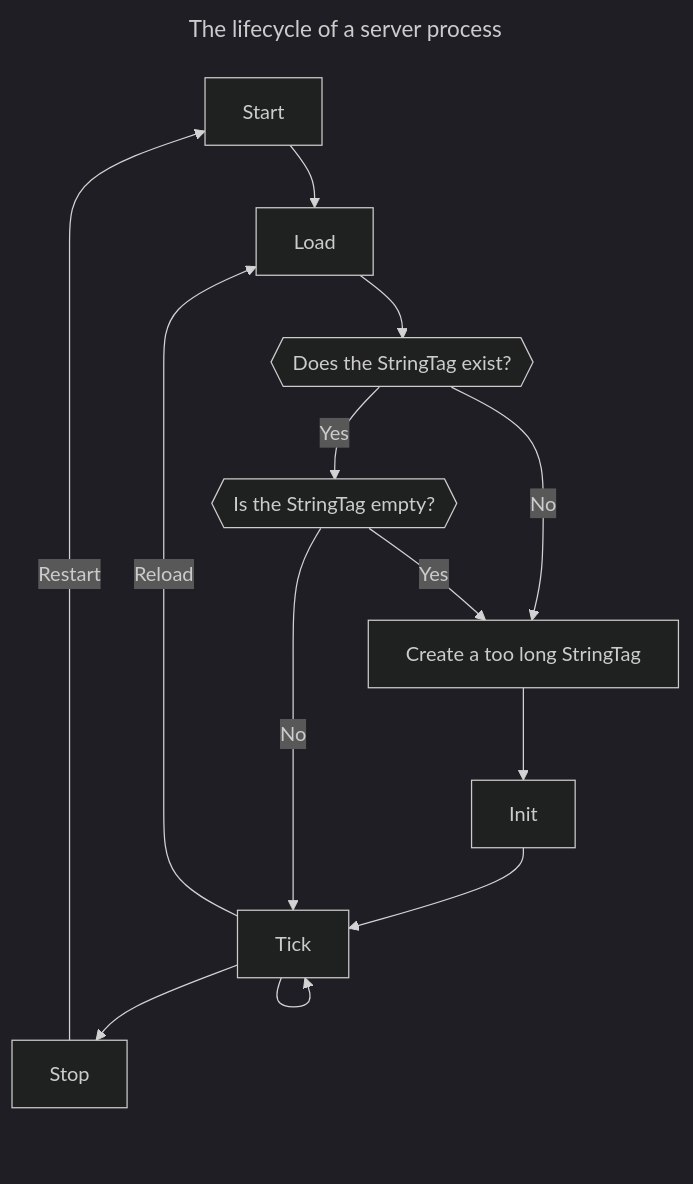
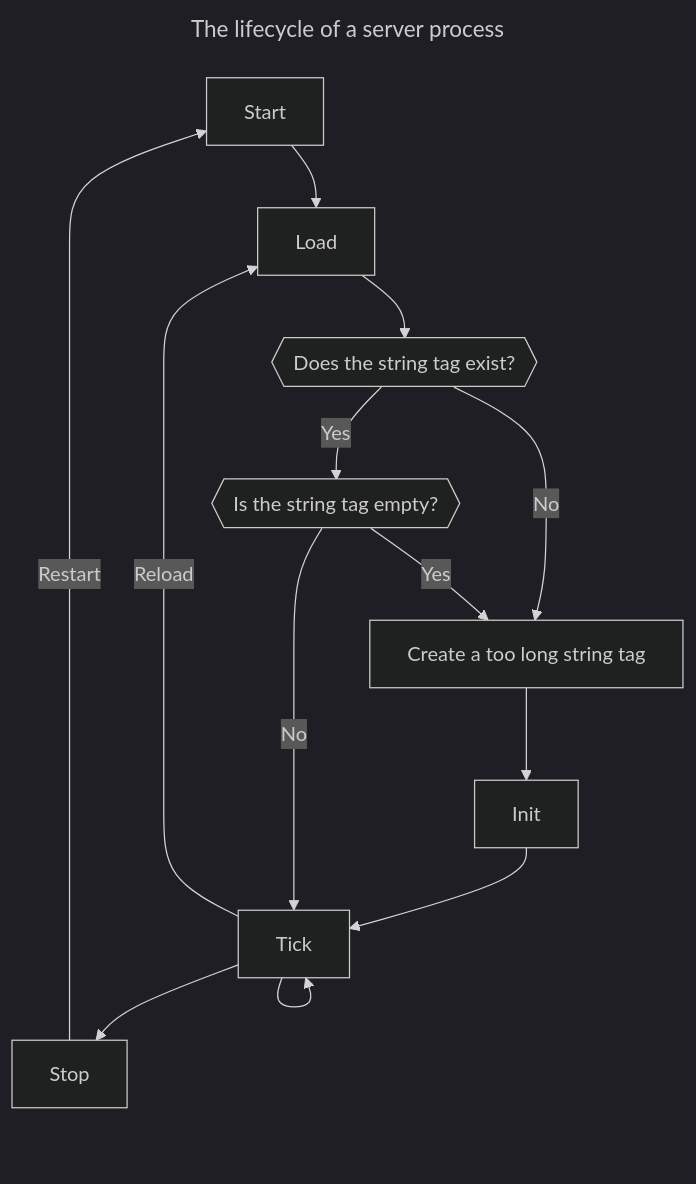
One commit to intsuc/init changed the diagram in README.md. Above: the diagram before and after it, drawn with Mermaid (dark theme). The commit also changed other lines of this file, not shown here.

````diff
--- a/README.md
+++ b/README.md
@@ -14,18 +21,18 @@
 ```mermaid
 ---
 title: The lifecycle of a server process
 ---
 flowchart TD
   Start --> Load
-  Load --> C1{{Does the StringTag exist?}}
-  C1 -- Yes --> C2{{Is the StringTag empty?}}
+  Load --> C1{{Does the string tag exist?}}
+  C1 -- Yes --> C2{{Is the string tag empty?}}
   C1 -- No --> C3
   C2 -- Yes --> C3
-  C3[Create a too long StringTag] --> Init
+  C3[Create a too long string tag] --> Init
   Init --> Tick
   C2 -- No --> Tick
   Tick --> Tick
   Tick -- Reload --> Load
   Tick --> Stop
   Stop -- Restart --> Start
 ```
````
